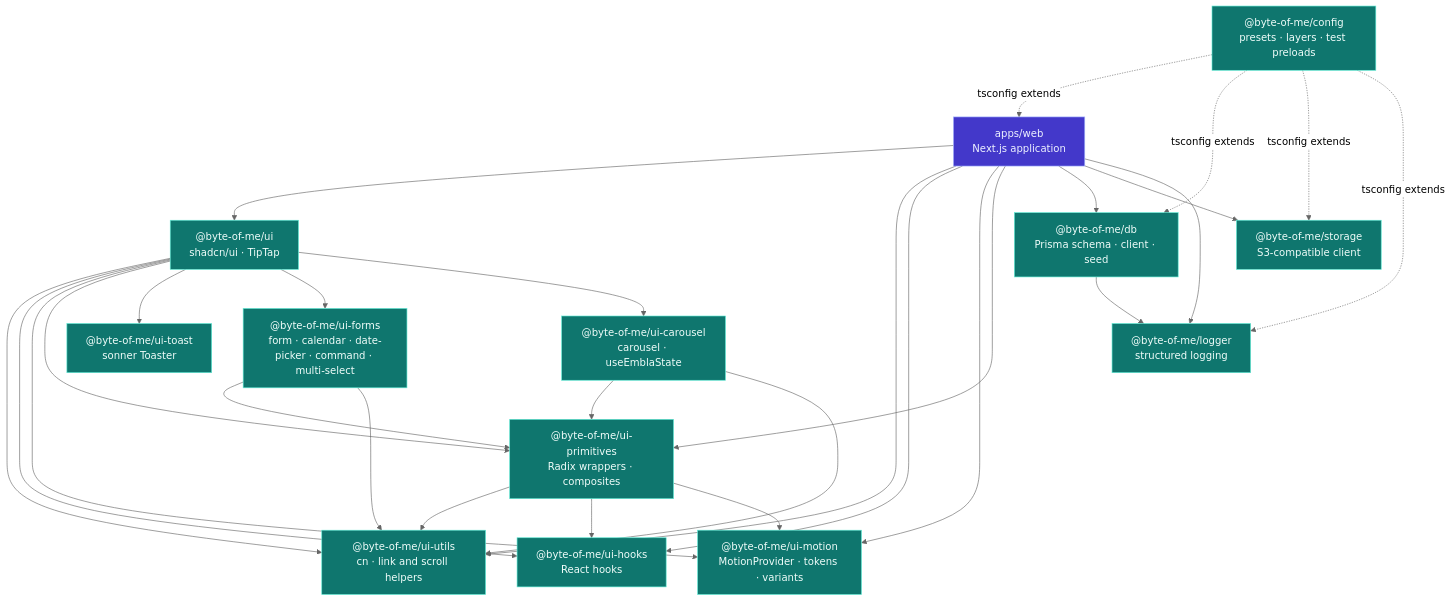
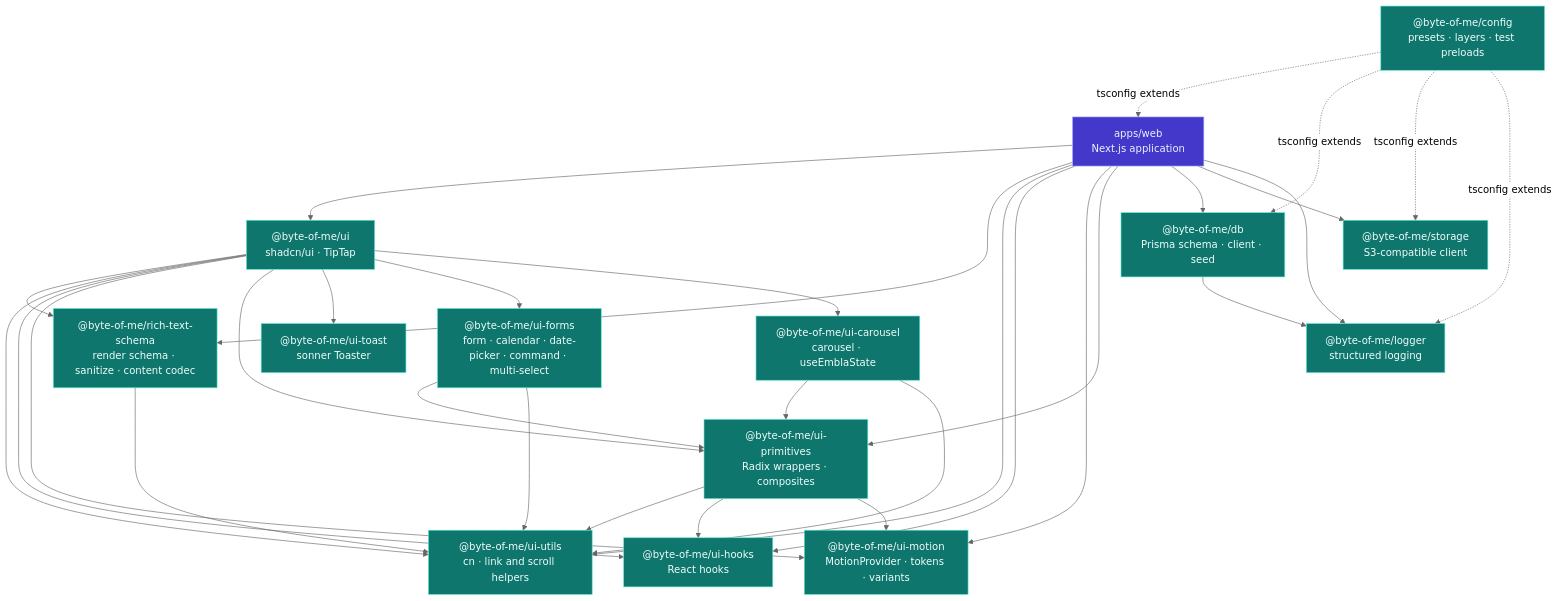
Before and after one commit to lthphuw/byte-of-me: the second of 9 diagrams in docs/architecture.md, drawn with Mermaid (neutral theme). The commit also changed other lines of this file and 74 other files, not shown here.

````diff
--- a/docs/architecture.md
+++ b/docs/architecture.md
@@ -99,52 +99,56 @@
 ```mermaid
 flowchart TB
     WEB["apps/web<br/>Next.js application"]
 
     UI["@byte-of-me/ui<br/>shadcn/ui · TipTap"]
+    SCHEMA["@byte-of-me/rich-text-schema<br/>render schema · sanitize · content codec"]
     UTILS["@byte-of-me/ui-utils<br/>cn · link and scroll helpers"]
     HOOKS["@byte-of-me/ui-hooks<br/>React hooks"]
     MOTION["@byte-of-me/ui-motion<br/>MotionProvider · tokens · variants"]
     PRIMS["@byte-of-me/ui-primitives<br/>Radix wrappers · composites"]
     TOAST["@byte-of-me/ui-toast<br/>sonner Toaster"]
     FORMS["@byte-of-me/ui-forms<br/>form · calendar · date-picker · command · multi-select"]
     CAROUSEL["@byte-of-me/ui-carousel<br/>carousel · useEmblaState"]
     DB["@byte-of-me/db<br/>Prisma schema · client · seed"]
     ST["@byte-of-me/storage<br/>S3-compatible client"]
     LOG["@byte-of-me/logger<br/>structured logging"]
     CFG["@byte-of-me/config<br/>presets · layers · test preloads"]
 
     WEB --> UI
+    WEB --> SCHEMA
     WEB --> UTILS
     WEB --> HOOKS
     WEB --> MOTION
     WEB --> PRIMS
     WEB --> DB
     WEB --> ST
     WEB --> LOG
+    UI --> SCHEMA
     UI --> UTILS
     UI --> HOOKS
     UI --> MOTION
     UI --> PRIMS
     UI --> TOAST
     UI --> FORMS
     UI --> CAROUSEL
+    SCHEMA --> UTILS
     FORMS --> PRIMS
     FORMS --> UTILS
     CAROUSEL --> PRIMS
     CAROUSEL --> UTILS
     PRIMS --> UTILS
     PRIMS --> HOOKS
     PRIMS --> MOTION
     DB --> LOG
 
     CFG -.->|"tsconfig extends"| WEB
     CFG -.->|"tsconfig extends"| DB
     CFG -.->|"tsconfig extends"| ST
     CFG -.->|"tsconfig extends"| LOG
 
     classDef app fill:#4338ca,stroke:#a5b4fc,color:#eef2ff
     classDef pkg fill:#0f766e,stroke:#5eead4,color:#f0fdfa
 
     class WEB app
-    class UI,UTILS,HOOKS,MOTION,PRIMS,TOAST,FORMS,CAROUSEL,DB,ST,LOG,CFG pkg
+    class UI,SCHEMA,UTILS,HOOKS,MOTION,PRIMS,TOAST,FORMS,CAROUSEL,DB,ST,LOG,CFG pkg
 ```
````
